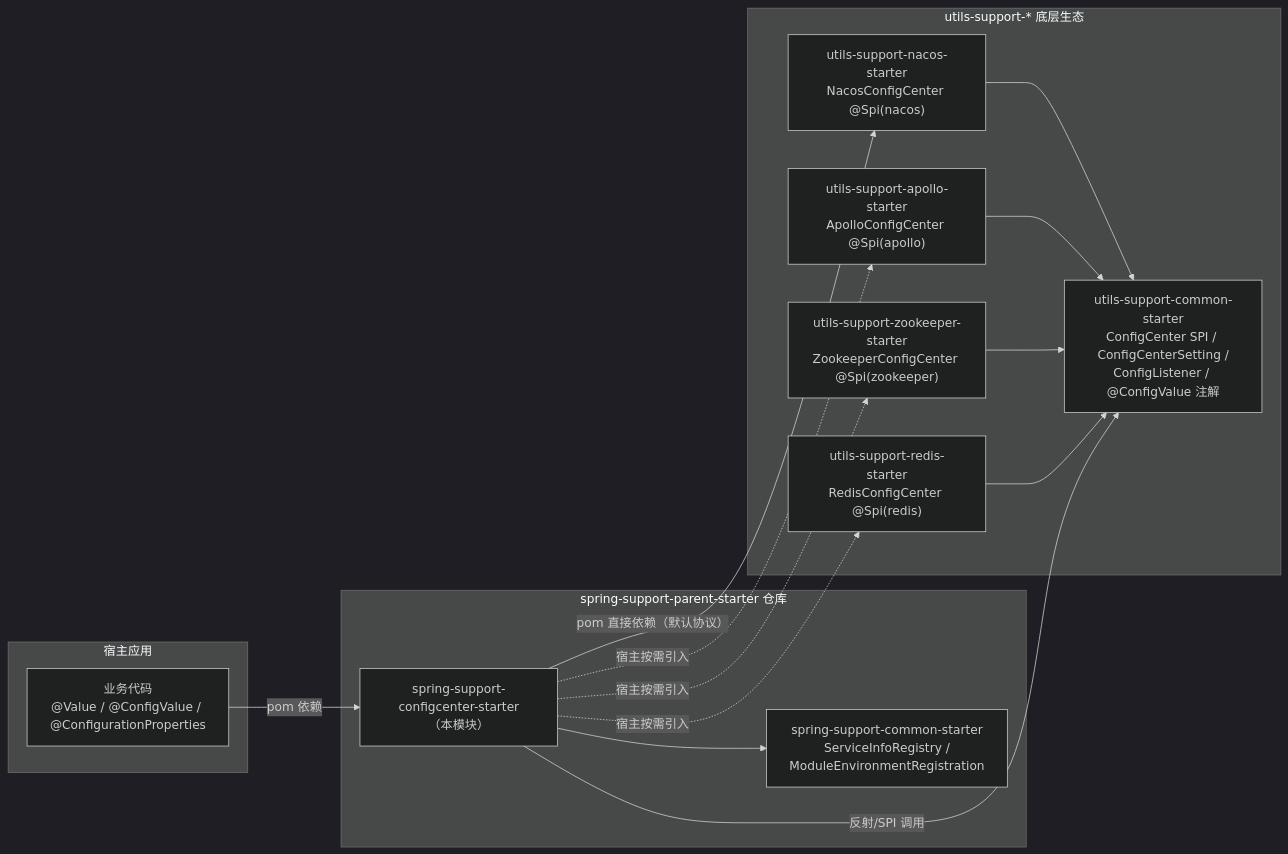
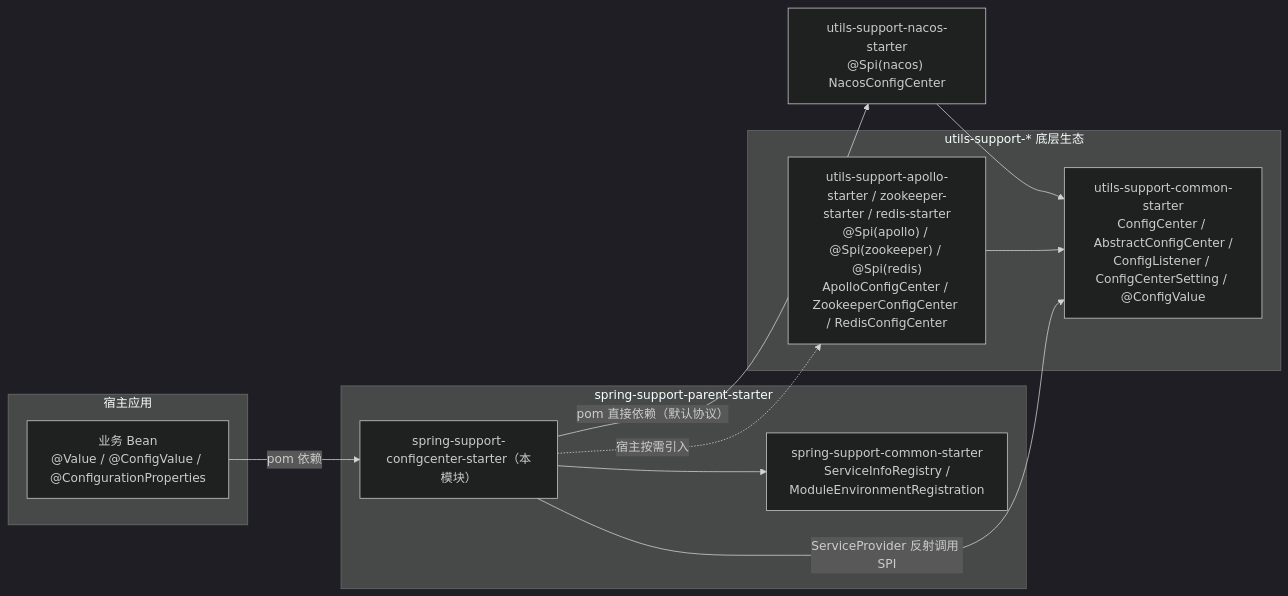
The first of 2 diagrams in spring-support-configcenter-starter/README.md (CHTK001/spring-support-parent-starter), drawn with Mermaid (dark theme) before and after one commit. The commit also changed other lines of this file and 54 other files, not shown here.

````diff
--- a/spring-support-configcenter-starter/README.md
+++ b/spring-support-configcenter-starter/README.md
@@ -11,31 +7,24 @@
 ```mermaid
 flowchart LR
     subgraph HOST["宿主应用"]
-        APP["业务代码<br/>@Value / @ConfigValue / @ConfigurationProperties"]
+        APP["业务 Bean<br/>@Value / @ConfigValue / @ConfigurationProperties"]
     end
 
-    subgraph REPO["spring-support-parent-starter 仓库"]
-        CC["spring-support-configcenter-starter<br/>（本模块）"]
+    subgraph REPO["spring-support-parent-starter"]
+        CC["spring-support-configcenter-starter（本模块）"]
         COMMON["spring-support-common-starter<br/>ServiceInfoRegistry /<br/>ModuleEnvironmentRegistration"]
     end
 
     subgraph UTILS["utils-support-* 底层生态"]
-        SPI["utils-support-common-starter<br/>ConfigCenter SPI / ConfigCenterSetting /<br/>ConfigListener / @ConfigValue 注解"]
-        NACOS["utils-support-nacos-starter<br/>NacosConfigCenter @Spi(nacos)"]
-        APOLLO["utils-support-apollo-starter<br/>ApolloConfigCenter @Spi(apollo)"]
-        ZK["utils-support-zookeeper-starter<br/>ZookeeperConfigCenter @Spi(zookeeper)"]
-        REDIS["utils-support-redis-starter<br/>RedisConfigCenter @Spi(redis)"]
+        SPI["utils-support-common-starter<br/>ConfigCenter / AbstractConfigCenter /<br/>ConfigListener / ConfigCenterSetting / @ConfigValue"]
+        APOLLO["utils-support-apollo-starter / zookeeper-starter / redis-starter<br/>@Spi(apollo) / @Spi(zookeeper) / @Spi(redis)<br/>ApolloConfigCenter / ZookeeperConfigCenter / RedisConfigCenter"]
     end
 
     APP -->|"pom 依赖"| CC
     CC --> COMMON
-    CC -->|"pom 直接依赖（默认协议）"| NACOS
+    CC -->|"pom 直接依赖（默认协议）"| NACOS["utils-support-nacos-starter<br/>@Spi(nacos) NacosConfigCenter"]
     CC -.->|"宿主按需引入"| APOLLO
-    CC -.->|"宿主按需引入"| ZK
-    CC -.->|"宿主按需引入"| REDIS
     NACOS --> SPI
     APOLLO --> SPI
-    ZK --> SPI
-    REDIS --> SPI
-    CC -->|"反射/SPI 调用"| SPI
+    CC -->|"ServiceProvider 反射调用 SPI"| SPI
 ```
````
